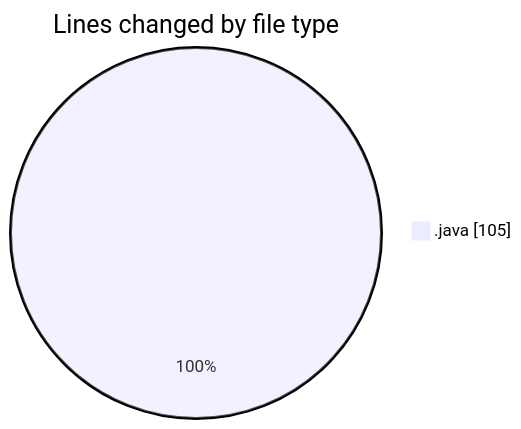
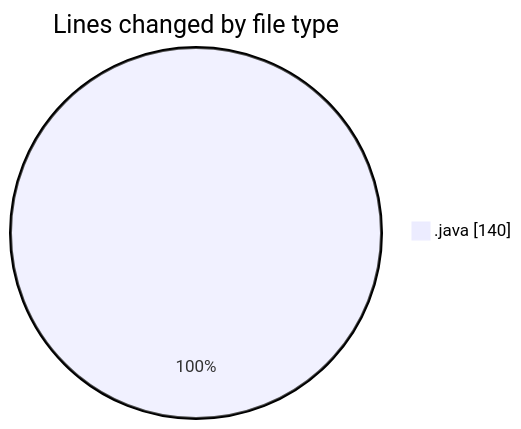
One commit to NitaiMahat/code-tracking changed the first of 2 diagrams in 2025-01-29/java/README.md. Above: the diagram before and after it, drawn with Mermaid. The commit also changed other lines of this file and 1 other file, not shown here.

````diff
--- a/2025-01-29/java/README.md
+++ b/2025-01-29/java/README.md
@@ -24,5 +24,5 @@
 ```mermaid
 pie showData
 title Lines changed by file type
-".java" : 105
+".java" : 140
 ```
````
